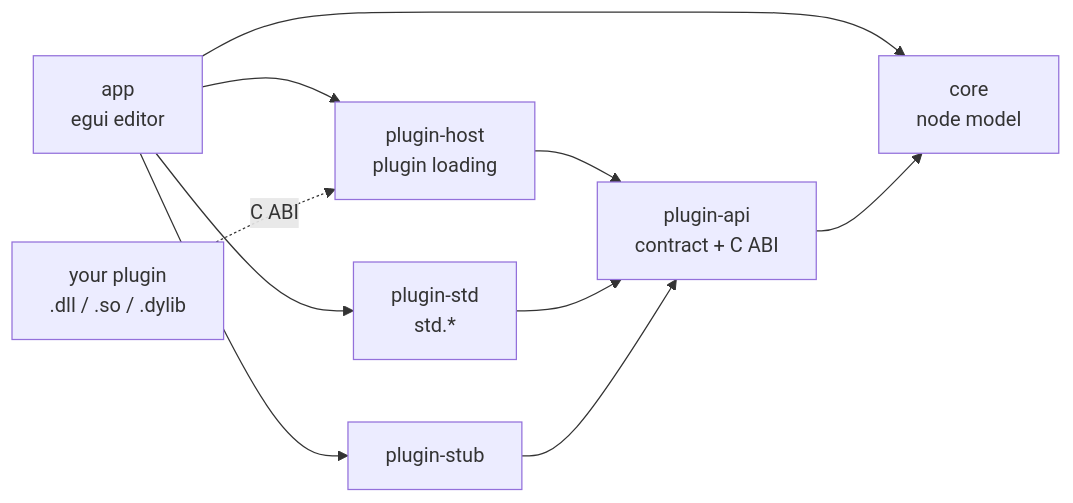
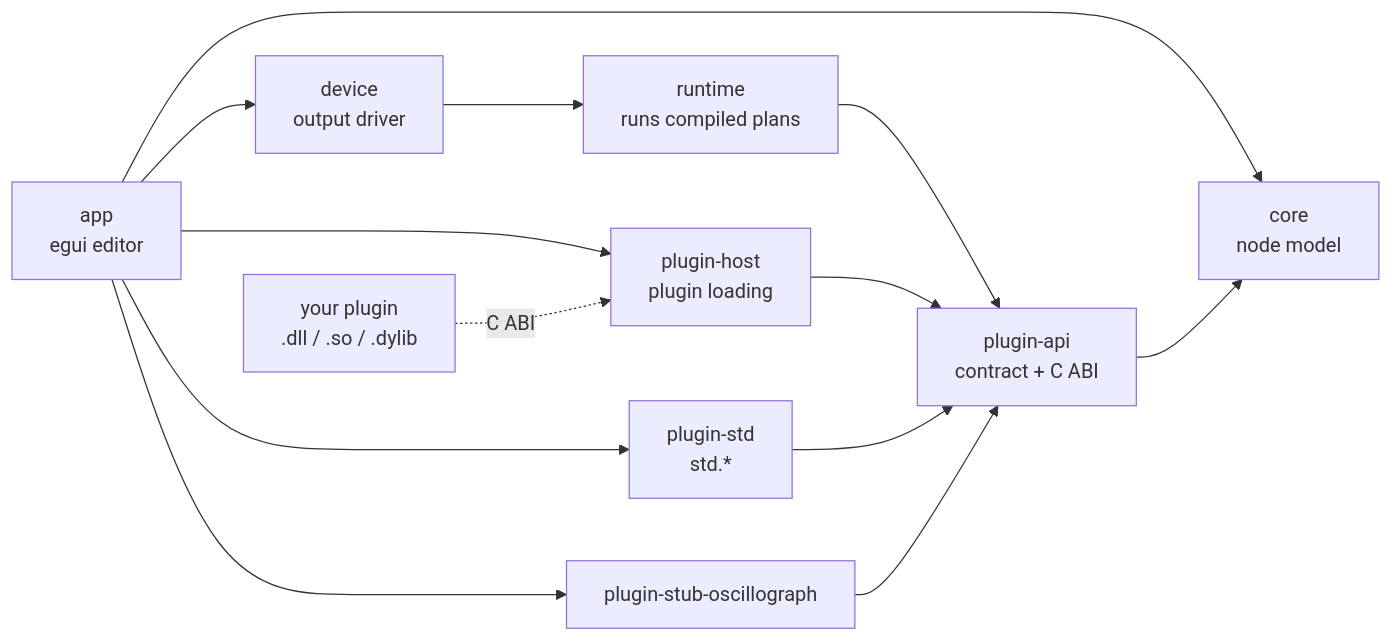
The diagram in README.md (VanoSpalevoy/v-signal-nodes), drawn with Mermaid before and after one commit. The commit also changed other lines of this file and 33 other files, not shown here.

````diff
--- a/README.md
+++ b/README.md
@@ -104,12 +105,15 @@
 ```mermaid
 flowchart LR
     app["app<br/>egui editor"] --> host["plugin-host<br/>plugin loading"]
     app --> core["core<br/>node model"]
+    app --> device["device<br/>output driver"]
+    device --> runtime["runtime<br/>runs compiled plans"]
+    runtime --> api
     host --> api["plugin-api<br/>contract + C ABI"]
     api --> core
     std["plugin-std<br/>std.*"] --> api
-    stub["plugin-stub"] --> api
+    stub["plugin-stub-oscillograph"] --> api
     app --> std
     app --> stub
     dylib["your plugin<br/>.dll / .so / .dylib"] -. C ABI .-> host
 ```
````
